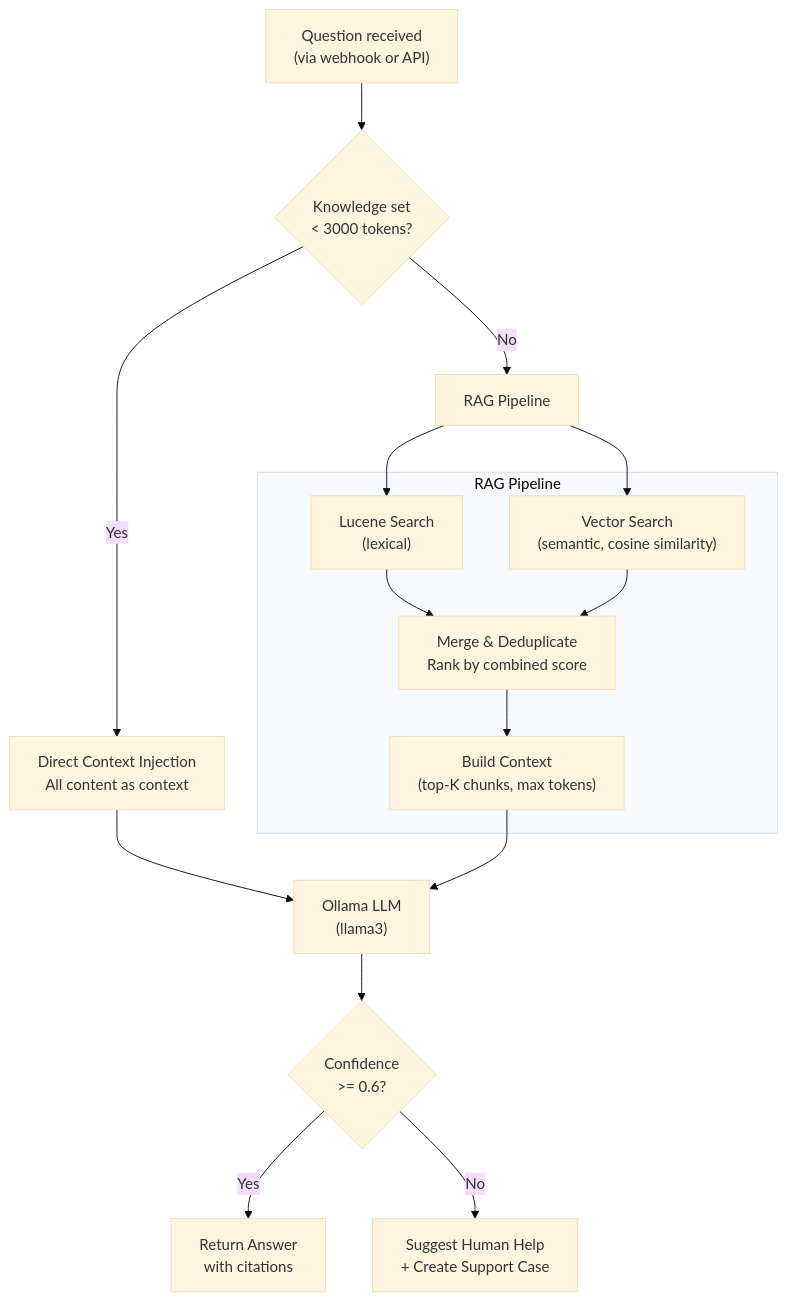
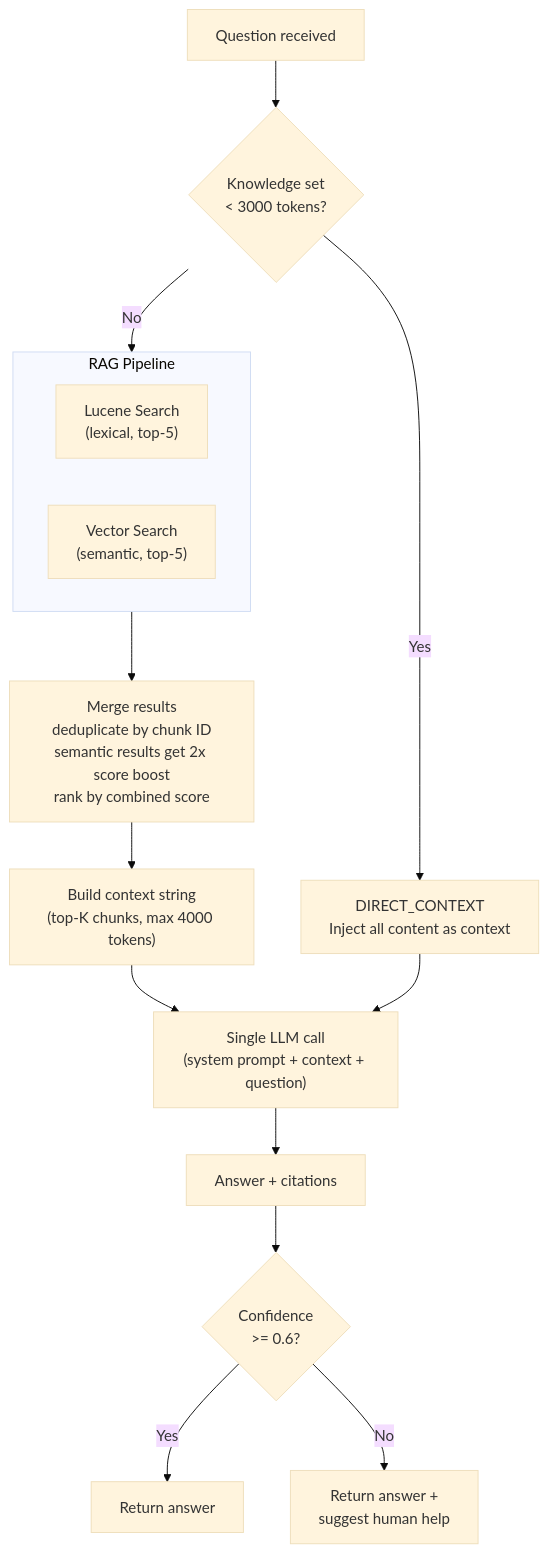
Before and after one commit to geekychris/enterprise_social_platform: the third of 11 diagrams in ai-support/README.md, drawn with Mermaid (base theme). The commit also changed other lines of this file, not shown here.

First line of the commit message:
Comprehensive AI Support architecture docs with mermaid diagrams

````diff
--- a/ai-support/README.md
+++ b/ai-support/README.md
@@ -77,26 +193,21 @@
 ```mermaid
 flowchart TB
-    Q["Question received<br/>(via webhook or API)"]
-    Q --> Size{"Knowledge set<br/>< 3000 tokens?"}
-    Size -->|Yes| Direct["Direct Context Injection<br/>All content as context"]
+    Q["Question received"] --> Size{"Knowledge set<br/>< 3000 tokens?"}
+    Size -->|Yes| Direct["DIRECT_CONTEXT<br/>Inject all content as context"]
     Size -->|No| RAG["RAG Pipeline"]
 
-    subgraph RAG Pipeline
-        Lex["Lucene Search<br/>(lexical)"]
-        Sem["Vector Search<br/>(semantic, cosine similarity)"]
-        Merge["Merge & Deduplicate<br/>Rank by combined score"]
-        Context["Build Context<br/>(top-K chunks, max tokens)"]
+    subgraph RAG["RAG Pipeline"]
+        direction LR
+        Lex["Lucene Search<br/>(lexical, top-5)"]
+        Sem["Vector Search<br/>(semantic, top-5)"]
     end
 
-    RAG --> Lex
-    RAG --> Sem
-    Lex --> Merge
-    Sem --> Merge
-    Merge --> Context
-
-    Direct --> LLM["Ollama LLM<br/>(llama3)"]
-    Context --> LLM
-    LLM --> Conf{"Confidence<br/>>= 0.6?"}
-    Conf -->|Yes| Answer["Return Answer<br/>with citations"]
-    Conf -->|No| Human["Suggest Human Help<br/>+ Create Support Case"]
+    RAG --> Merge["Merge results<br/>deduplicate by chunk ID<br/>semantic results get 2x score boost<br/>rank by combined score"]
+    Merge --> Context["Build context string<br/>(top-K chunks, max 4000 tokens)"]
+    Context --> LLM["Single LLM call<br/>(system prompt + context + question)"]
+    Direct --> LLM
+    LLM --> Answer["Answer + citations"]
+    Answer --> Conf{"Confidence<br/>>= 0.6?"}
+    Conf -->|Yes| Return["Return answer"]
+    Conf -->|No| Human["Return answer +<br/>suggest human help"]
 ```
````
